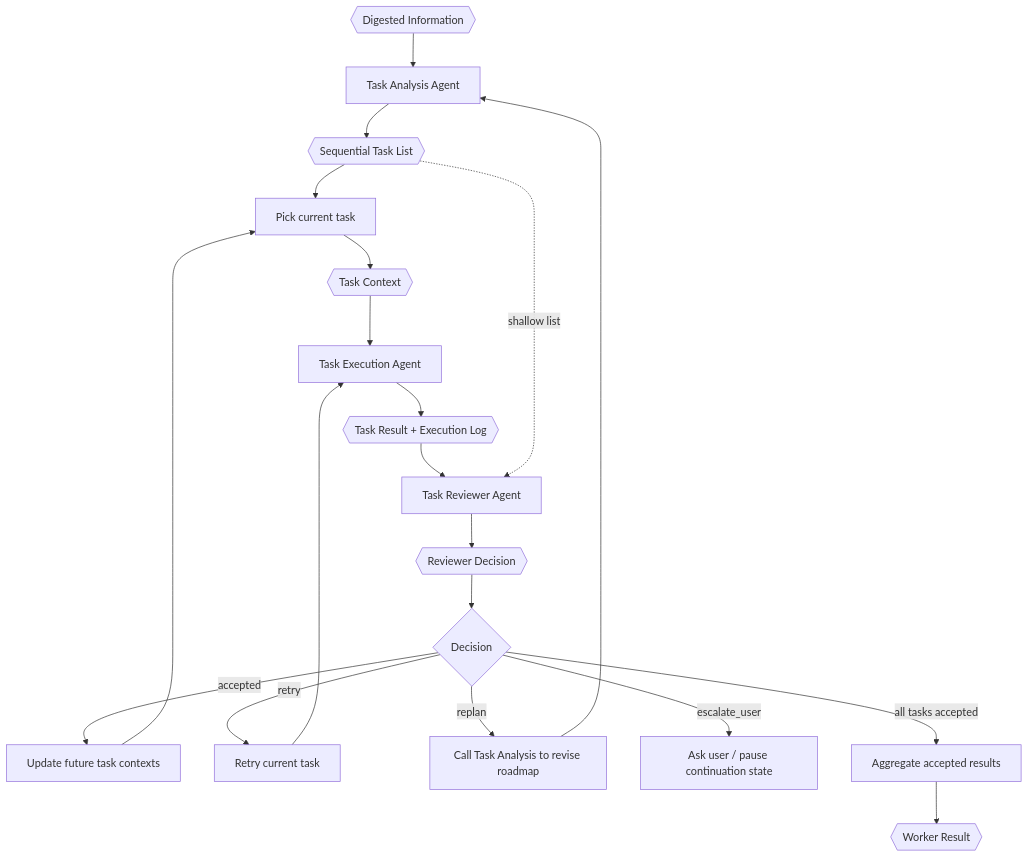
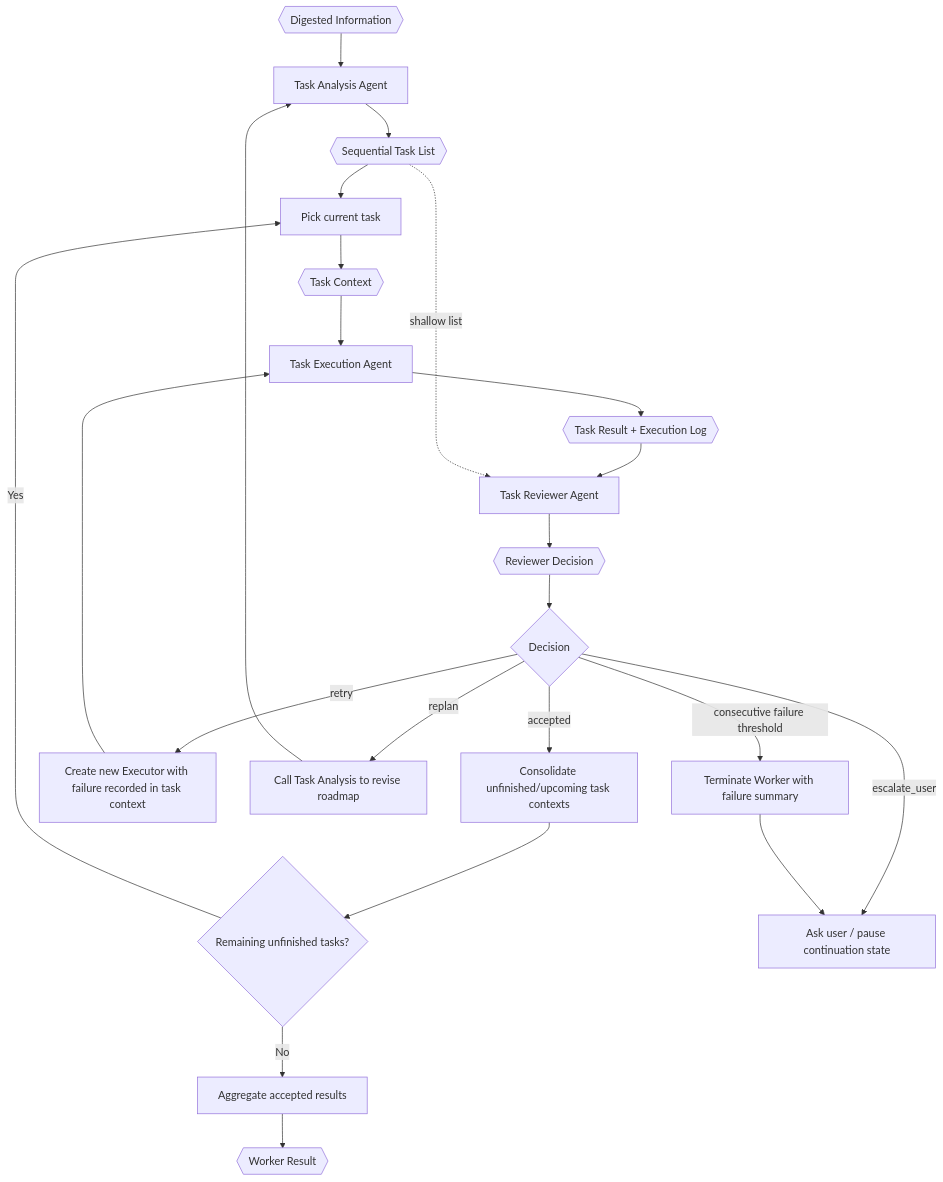
Before and after one commit to VJyzCELERY/TINYCUA: the diagram in src/tinycua/docs/architecture/worker-orchestration.md, drawn with Mermaid. The commit also changed other lines of this file and 14 other files, not shown here.

Commit message:
docs(architecture): add session architecture model

````diff
--- a/src/tinycua/docs/architecture/worker-orchestration.md
+++ b/src/tinycua/docs/architecture/worker-orchestration.md
@@ -45,39 +51,44 @@
 ```mermaid
 flowchart TD
     DI{{"Digested Information"}}
     TA["Task Analysis Agent"]
     TL{{"Sequential Task List"}}
     PICK["Pick current task"]
     TC{{"Task Context"}}
     TE["Task Execution Agent"]
     TRS{{"Task Result + Execution Log"}}
     RV["Task Reviewer Agent"]
     DEC{{"Reviewer Decision"}}
     NEXT{"Decision"}
-    UPDATE["Update future task contexts"]
-    RETRY["Retry current task"]
+    UPDATE["Consolidate unfinished/upcoming task contexts"]
+    REMAIN{"Remaining unfinished tasks?"}
+    RETRY["Create new Executor with failure recorded in task context"]
     REPLAN["Call Task Analysis to revise roadmap"]
     ASK["Ask user / pause continuation state"]
+    FAIL_TERM["Terminate Worker with failure summary"]
     AGG["Aggregate accepted results"]
     WR{{"Worker Result"}}
 
     DI --> TA
     TA --> TL
     TL --> PICK
     PICK --> TC
     TC --> TE
     TE --> TRS
     TRS --> RV
     TL -. "shallow list" .-> RV
     RV --> DEC
     DEC --> NEXT
     NEXT -->|accepted| UPDATE
-    UPDATE --> PICK
+    UPDATE --> REMAIN
+    REMAIN -->|Yes| PICK
+    REMAIN -->|No| AGG
     NEXT -->|retry| RETRY
     RETRY --> TE
     NEXT -->|replan| REPLAN
     REPLAN --> TA
     NEXT -->|escalate_user| ASK
-    NEXT -->|all tasks accepted| AGG
+    NEXT -->|consecutive failure threshold| FAIL_TERM
+    FAIL_TERM --> ASK
     AGG --> WR
 ```
````
